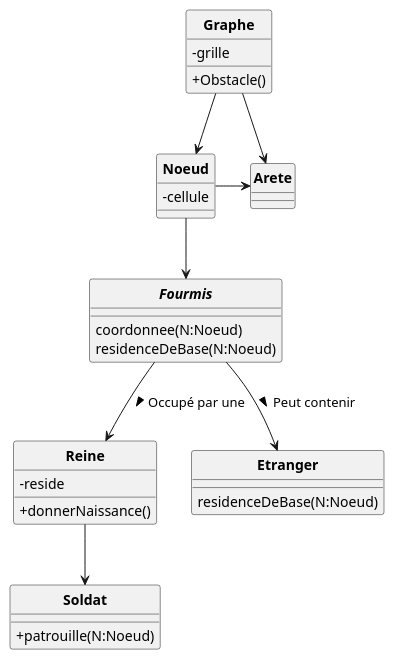
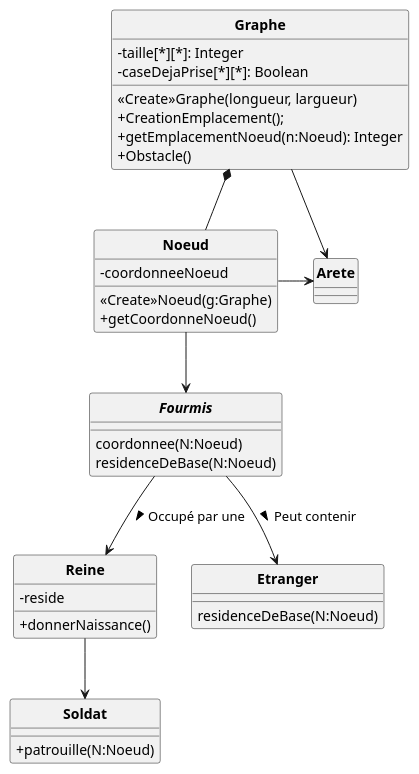
Before and after one commit to jvondermarck/ant-colony: the diagram in A22/Version_1/Fourmis_DC_Conception.puml, drawn with PlantUML. The commit also changed 1 other file, not shown here.

```diff
--- a/A22/Version_1/Fourmis_DC_Conception.puml
+++ b/A22/Version_1/Fourmis_DC_Conception.puml
@@ -1,45 +1,55 @@
 @startuml
 'https://plantuml.com/class-diagram
 
 skinparam style strictuml
 skinparam classAttributeIconSize 0
 skinparam classFontStyle Bold
 hide enum methods
 
 class Graphe {
-    -grille
+    -taille[*][*]: Integer
+    -caseDejaPrise[*][*]: Boolean
+
+    <<Create>>Graphe(longueur, largueur)
+    +CreationEmplacement();
+    +getEmplacementNoeud(n:Noeud): Integer
     +Obstacle()
 }
+
 class Noeud{
-    -cellule
+    -coordonneeNoeud
+
+    <<Create>>Noeud(g:Graphe)
+    +getCoordonneNoeud()
 }
+
 class Arete {
 
 }
 
 abstract class Fourmis {
     coordonnee(N:Noeud)
     residenceDeBase(N:Noeud)
 }
 class Reine {
     -reside
     +donnerNaissance()
 }
 class Soldat {
     +patrouille(N:Noeud)
 }
 
 class Etranger {
     residenceDeBase(N:Noeud)
 }
 
 
-Graphe --> Noeud
+Graphe *-- Noeud
 Noeud -> Arete
 Graphe -> Arete
 Noeud --> Fourmis
 Fourmis --> Reine : Occupé par une >
 Fourmis --> Etranger : Peut contenir >
 Reine --> Soldat
 
 @enduml
```
